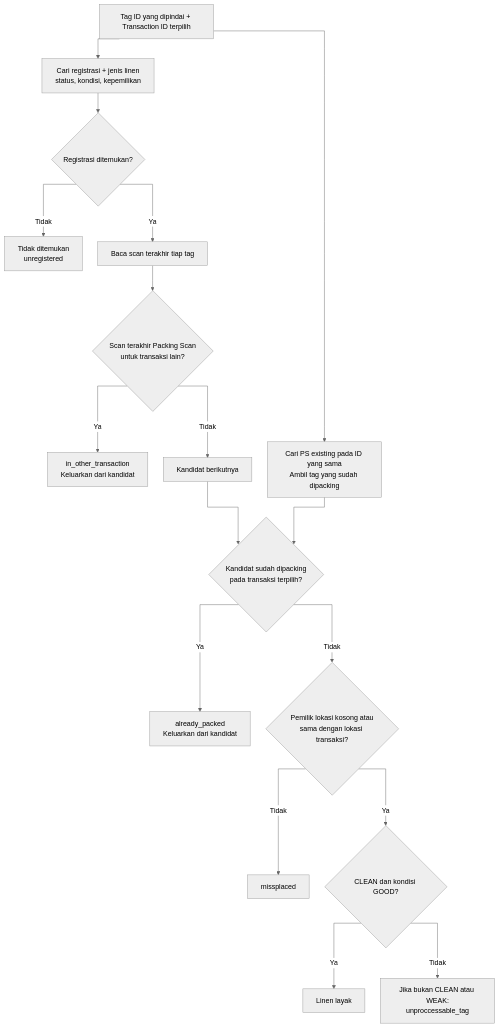
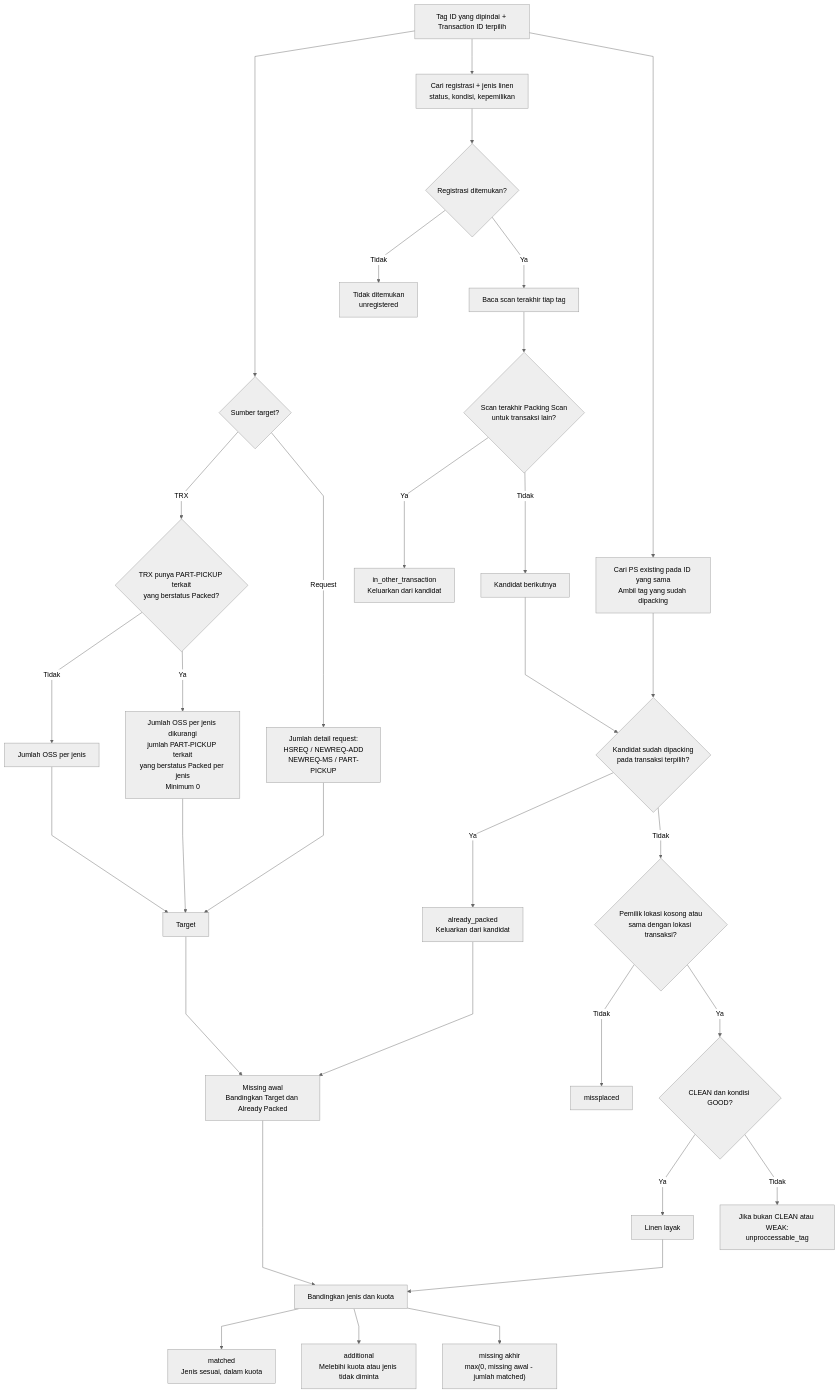
One commit to bagaskrmn/bac-flow-laundry changed the first of 3 diagrams in laundry-activities/packing-scan.md. Above: the diagram before and after it, drawn with Mermaid (neutral theme). The commit also changed other lines of this file and 6 other files, not shown here.

````diff
--- a/laundry-activities/packing-scan.md
+++ b/laundry-activities/packing-scan.md
@@ -24,21 +4,39 @@
 ```mermaid
-%%{init: {'flowchart': {'curve': 'stepAfter', 'nodeSpacing': 35, 'rankSpacing': 45}}}%%
+%%{init: {'flowchart': {'curve': 'linear', 'nodeSpacing': 60, 'rankSpacing': 80, 'diagramPadding': 24}}}%%
 flowchart TD
     N_IN["Tag ID yang dipindai + Transaction ID terpilih"]
+    N_IN --> N_SOURCE{"Sumber target?"}
+    N_SOURCE -->|TRX| N_PART_PACKED{"TRX punya PART-PICKUP terkait<br/>yang berstatus Packed?"}
+    N_PART_PACKED -->|Tidak| N_OSS_FULL["Jumlah OSS per jenis"]
+    N_OSS_FULL --> N_TARGET["Target"]
+    N_PART_PACKED -->|Ya| N_OSS["Jumlah OSS per jenis dikurangi<br/>jumlah PART-PICKUP terkait<br/>yang berstatus Packed per jenis<br/>Minimum 0"]
+    N_SOURCE -->|Request| N_REQ["Jumlah detail request:<br/>HSREQ / NEWREQ-ADD<br/>NEWREQ-MS / PART-PICKUP"]
+    N_OSS --> N_TARGET
+    N_REQ --> N_TARGET
+
     N_IN --> N_MASTER["Cari registrasi + jenis linen<br/>status, kondisi, kepemilikan"]
     N_MASTER --> N_FOUND{"Registrasi ditemukan?"}
     N_FOUND -->|Tidak| N_UNREG["Tidak ditemukan<br/>unregistered"]
     N_FOUND -->|Ya| N_LAST["Baca scan terakhir tiap tag"]
     N_LAST --> N_OTHER{"Scan terakhir Packing Scan<br/>untuk transaksi lain?"}
     N_OTHER -->|Ya| N_O["in_other_transaction<br/>Keluarkan dari kandidat"]
     N_OTHER -->|Tidak| N_CAND["Kandidat berikutnya"]
     N_IN --> N_EXIST["Cari PS existing pada ID yang sama<br/>Ambil tag yang sudah dipacking"]
     N_EXIST --> N_WAS{"Kandidat sudah dipacking<br/>pada transaksi terpilih?"}
     N_CAND --> N_WAS
     N_WAS -->|Ya| N_PACKED["already_packed<br/>Keluarkan dari kandidat"]
     N_WAS -->|Tidak| N_OWNER{"Pemilik lokasi kosong atau<br/>sama dengan lokasi transaksi?"}
     N_OWNER -->|Tidak| N_MISPLACE["missplaced"]
     N_OWNER -->|Ya| N_CLEAN{"CLEAN dan kondisi GOOD?"}
     N_CLEAN -->|Ya| N_ELIGIBLE["Linen layak"]
     N_CLEAN -->|Tidak| N_BAD["Jika bukan CLEAN atau WEAK:<br/>unproccessable_tag"]
+
+    N_TARGET --> N_REDUCE["Missing awal<br/>Bandingkan Target dan Already Packed"]
+    N_PACKED --> N_REDUCE
+    N_ELIGIBLE --> N_COMP["Bandingkan jenis dan kuota"]
+    N_REDUCE --> N_COMP
+    N_COMP --> N_MATCH["matched<br/>Jenis sesuai, dalam kuota"]
+    N_COMP --> N_ADD["additional<br/>Melebihi kuota atau jenis tidak diminta"]
+
+    N_COMP --> N_MISS["missing akhir<br/>max(0, missing awal - jumlah matched)"]
 ```
````
